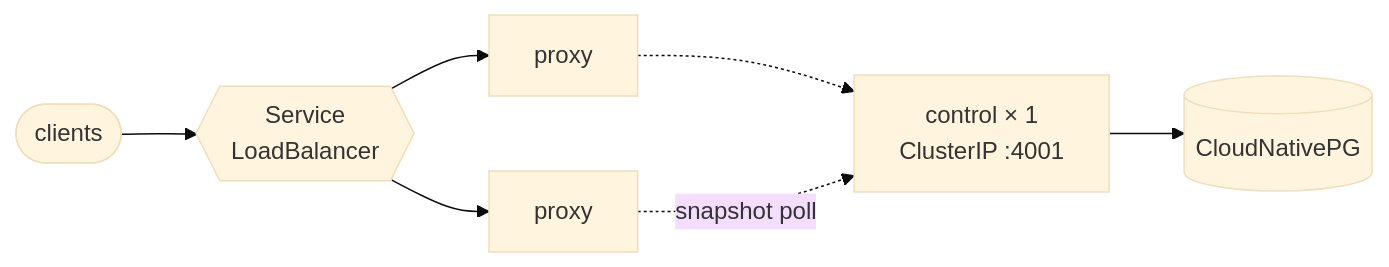
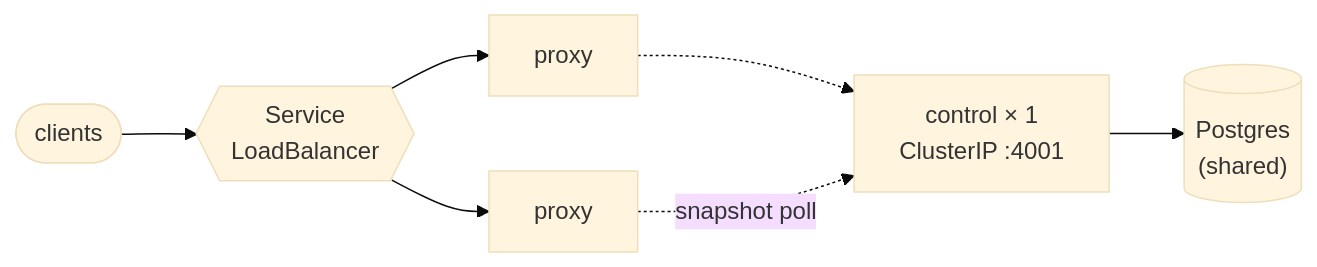
The third of 3 diagrams in docs/operations/shapes.md (azrtydxb/Fastllm-proxy), drawn with Mermaid (base theme) before and after one commit. The commit also changed other lines of this file and 5 other files, not shown here.

````diff
--- a/docs/operations/shapes.md
+++ b/docs/operations/shapes.md
@@ -151,9 +151,9 @@
 ```mermaid
 flowchart LR
     c([clients]) --> LB{{"Service<br/>LoadBalancer"}}
     LB --> P1["proxy"]
     LB --> P2["proxy"]
     P1 -. " " .-> K["control × 1<br/>ClusterIP :4001"]
     P2 -. "snapshot poll" .-> K
-    K --> db[("CloudNativePG")]
+    K --> db[("Postgres<br/>(shared)")]
 ```
````
